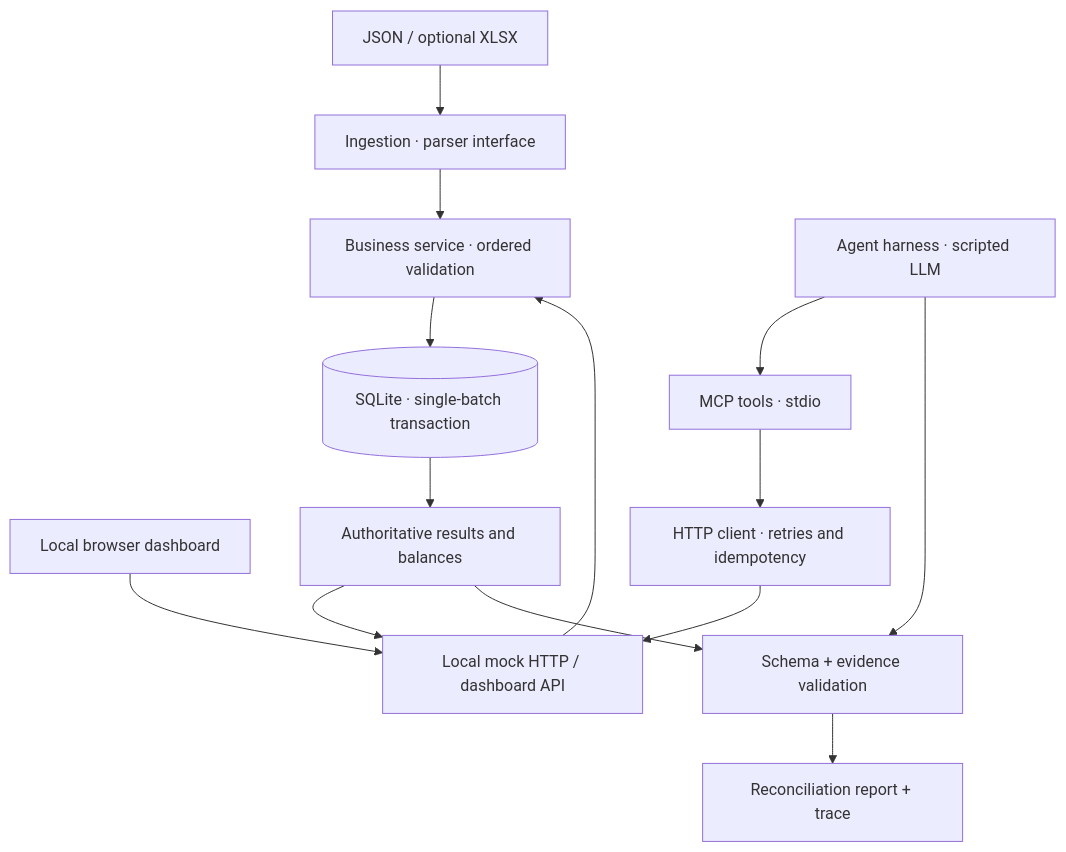
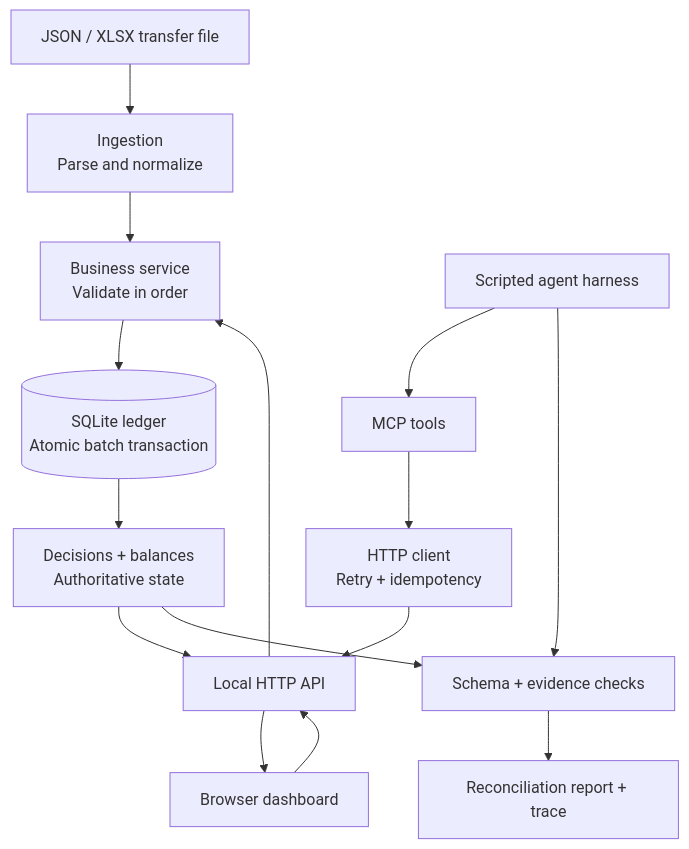
One commit to Or04/flowline-transfer-agent changed the diagram in README.md. Above: the diagram before and after it, drawn with Mermaid. The commit also changed other lines of this file, not shown here.

````diff
--- a/README.md
+++ b/README.md
@@ -40,16 +77,19 @@
 ```mermaid
 flowchart TB
-    F[JSON / optional XLSX] --> I[Ingestion · parser interface]
-    I --> S[Business service · ordered validation]
-    S --> L[(SQLite · single-batch transaction)]
-    UI[Local browser dashboard] --> API[Local mock HTTP / dashboard API]
-    API --> S
-    M[Agent harness · scripted LLM] --> T[MCP tools · stdio]
-    T --> C[HTTP client · retries and idempotency]
-    C --> API
-    L --> R[Authoritative results and balances]
-    R --> API
-    R --> V[Schema + evidence validation]
-    M --> V
-    V --> O[Reconciliation report + trace]
+    INPUT["JSON / XLSX transfer file"] --> ING["Ingestion<br/>Parse and normalize"]
+    ING --> RULES["Business service<br/>Validate in order"]
+    RULES --> DB[("SQLite ledger<br/>Atomic batch transaction")]
+    DB --> RESULTS["Decisions + balances<br/>Authoritative state"]
+
+    UI["Browser dashboard"] --> API["Local HTTP API"]
+    API --> RULES
+    RESULTS --> API
+    API --> UI
+
+    AGENT["Scripted agent harness"] --> MCP["MCP tools"]
+    MCP --> CLIENT["HTTP client<br/>Retry + idempotency"]
+    CLIENT --> API
+    RESULTS --> CHECK["Schema + evidence checks"]
+    AGENT --> CHECK
+    CHECK --> REPORT["Reconciliation report + trace"]
 ```
````
